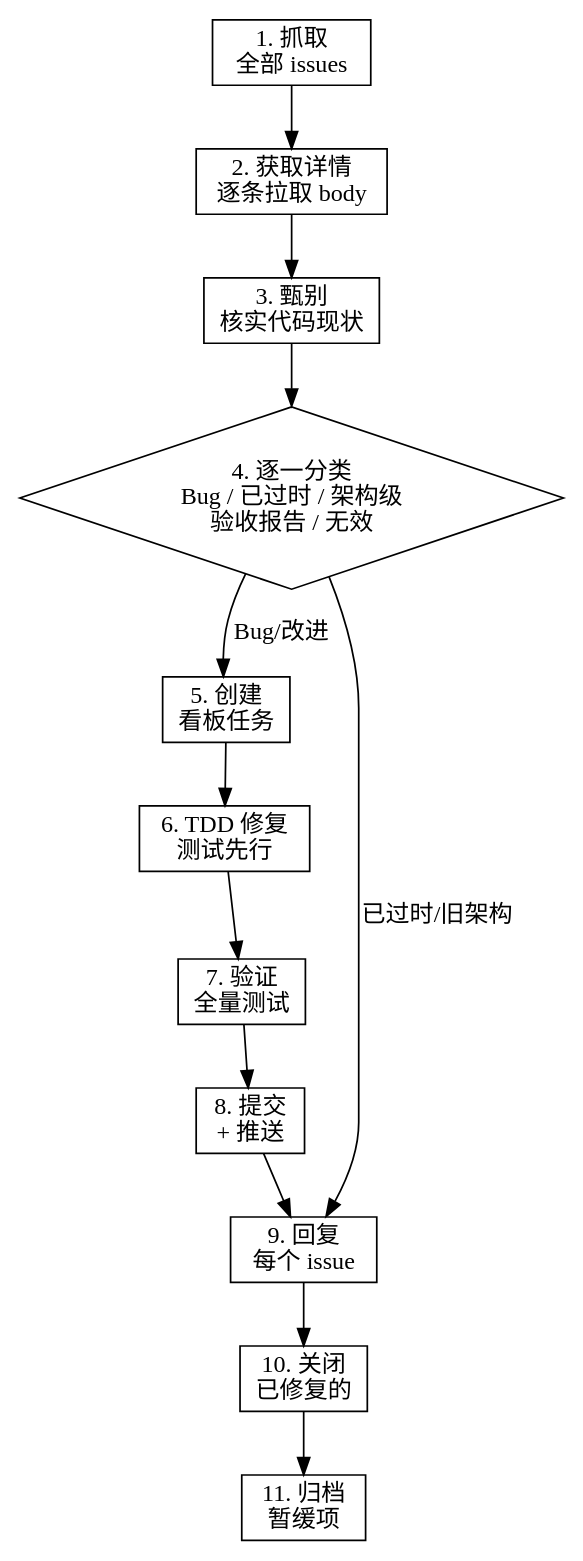
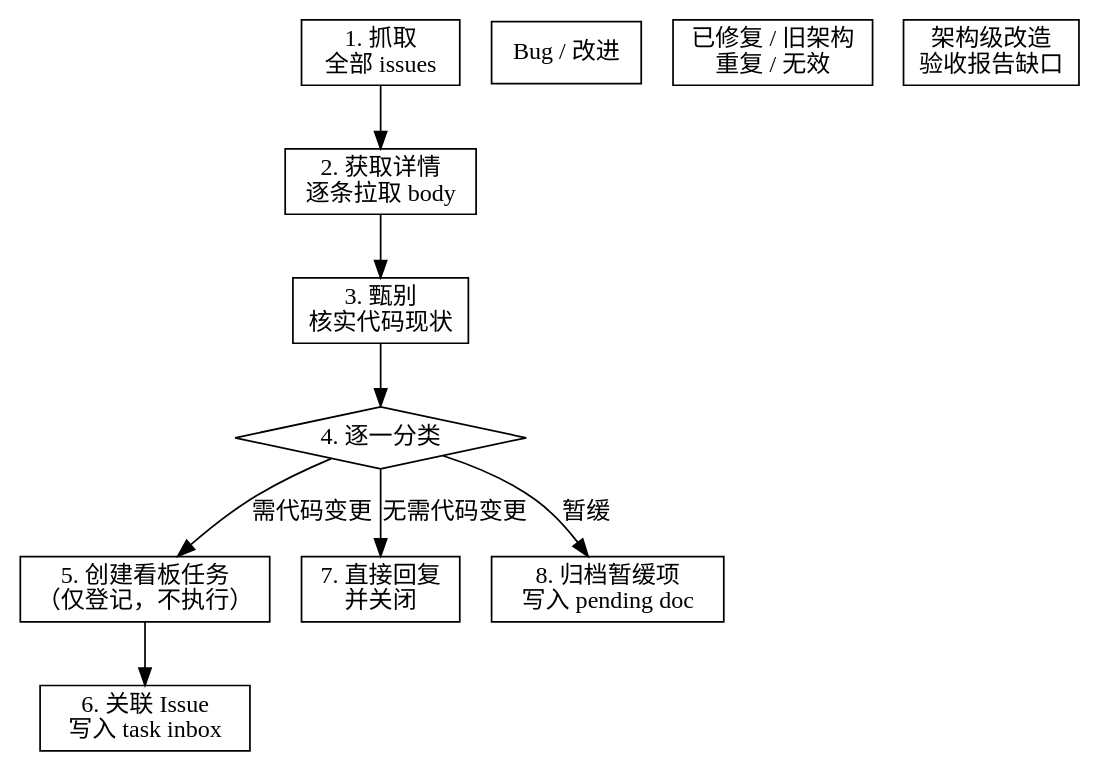
Before and after one commit to kongshan001/dykongshan: the diagram in .claude/.claude/skills/github-issue-processing/SKILL.md, drawn with Graphviz. The commit also changed other lines of this file and 288 other files, not shown here.

Commit message:
heartbeat: archive TASK-268~271, create TASK-272~276

````diff
--- a/.claude/.claude/skills/github-issue-processing/SKILL.md
+++ b/.claude/.claude/skills/github-issue-processing/SKILL.md
@@ -20,21 +29,25 @@
 ```dot
 digraph issue_flow {
     rankdir=TB;
     fetch [label="1. 抓取\n全部 issues", shape=box];
     detail [label="2. 获取详情\n逐条拉取 body", shape=box];
     audit [label="3. 甄别\n核实代码现状", shape=box];
-    classify [label="4. 逐一分类\nBug / 已过时 / 架构级\n验收报告 / 无效", shape=diamond];
-    create_task [label="5. 创建\n看板任务", shape=box];
-    tdd_fix [label="6. TDD 修复\n测试先行", shape=box];
-    verify [label="7. 验证\n全量测试", shape=box];
-    commit [label="8. 提交\n+ 推送", shape=box];
-    reply [label="9. 回复\n每个 issue", shape=box];
-    close_done [label="10. 关闭\n已修复的", shape=box];
-    document [label="11. 归档\n暂缓项", shape=box];
+    classify [label="4. 逐一分类", shape=diamond];
+
+    bug [label="Bug / 改进", shape=box];
+    stale [label="已修复 / 旧架构\n重复 / 无效", shape=box];
+    arch [label="架构级改造\n验收报告缺口", shape=box];
+
+    create_task [label="5. 创建看板任务\n（仅登记，不执行）", shape=box];
+    link_inbox [label="6. 关联 Issue\n写入 task inbox", shape=box];
+    reply_close [label="7. 直接回复\n并关闭", shape=box];
+    archive_pending [label="8. 归档暂缓项\n写入 pending doc", shape=box];
 
     fetch -> detail -> audit -> classify;
-    classify -> create_task [label="Bug/改进"];
-    classify -> reply [label="已过时/旧架构"];
-    create_task -> tdd_fix -> verify -> commit -> reply -> close_done -> document;
+    classify -> create_task [label="需代码变更"];
+    classify -> reply_close [label="无需代码变更"];
+    classify -> archive_pending [label="暂缓"];
+
+    create_task -> link_inbox;
 }
 ```
````
